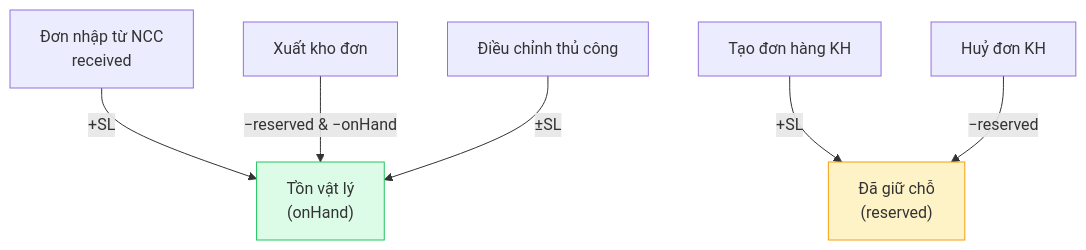
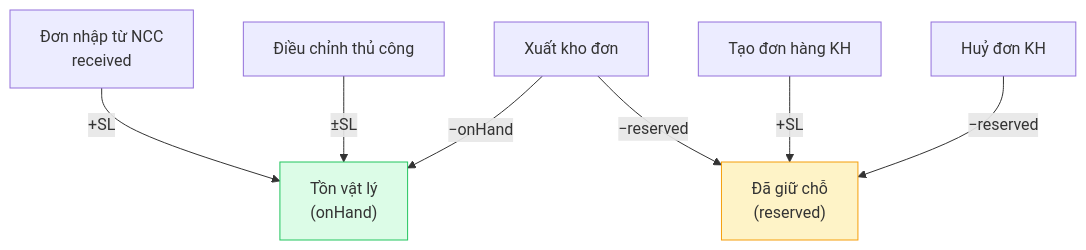
Before and after one commit to tiemtaphoakorea/tiemtaphoakorea: the second of 2 diagrams in docs/guide/owner/inventory.mdx, drawn with Mermaid. The commit also changed other lines of this file and 350 other files, not shown here.

````diff
--- a/docs/guide/owner/inventory.mdx
+++ b/docs/guide/owner/inventory.mdx
@@ -37,11 +37,12 @@
 ```mermaid
 flowchart TD
     N["Đơn nhập từ NCC<br/>received"] -->|+SL| OH["Tồn vật lý<br/>(onHand)"]
     O["Tạo đơn hàng KH"] -->|+SL| RV["Đã giữ chỗ<br/>(reserved)"]
-    SO["Xuất kho đơn"] -->|−reserved & −onHand| OH
+    SO["Xuất kho đơn"] -->|−onHand| OH
+    SO -->|−reserved| RV
     CN["Huỷ đơn KH"] -->|−reserved| RV
     ADJ["Điều chỉnh thủ công"] -->|±SL| OH
 
     style OH fill:#dcfce7,stroke:#22c55e
     style RV fill:#fef3c7,stroke:#f59e0b
 ```
````
